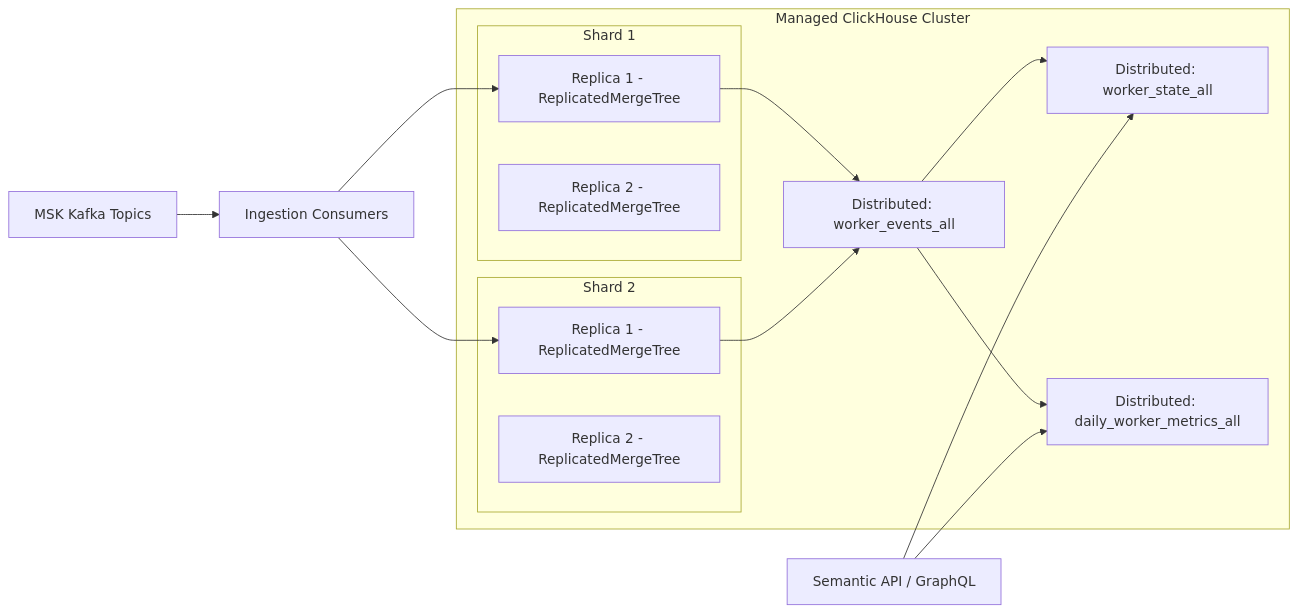
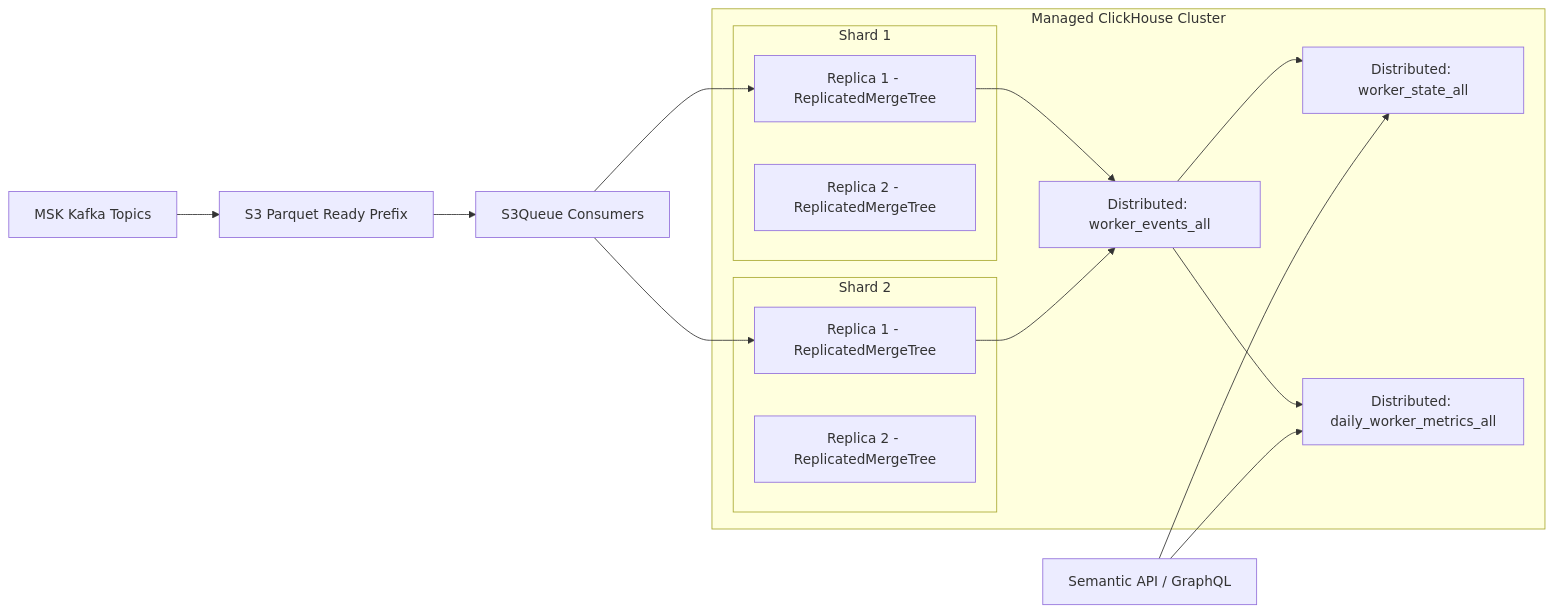
The second of 2 diagrams in docs/system-design-spec-30-40gb-ingestion.md (harshavardhan-99/-SQL-Engine-), drawn with Mermaid before and after one commit. The commit also changed other lines of this file and 6 other files, not shown here.

Commit message:
Update architecture docs for S3Queue consistency-first ingestion

````diff
--- a/docs/system-design-spec-30-40gb-ingestion.md
+++ b/docs/system-design-spec-30-40gb-ingestion.md
@@ -277,29 +303,30 @@
 ```mermaid
 flowchart LR
-  Kafka["MSK Kafka Topics"] --> Ingest["Ingestion Consumers"]
+  Kafka["MSK Kafka Topics"] --> S3["S3 Parquet Ready Prefix"]
+  S3 --> Ingest["S3Queue Consumers"]
 
   subgraph CH["Managed ClickHouse Cluster"]
     subgraph S1["Shard 1"]
       S1R1["Replica 1 - ReplicatedMergeTree"]
       S1R2["Replica 2 - ReplicatedMergeTree"]
     end
     subgraph S2["Shard 2"]
       S2R1["Replica 1 - ReplicatedMergeTree"]
       S2R2["Replica 2 - ReplicatedMergeTree"]
     end
 
     DistRaw["Distributed: worker_events_all"]
     DistState["Distributed: worker_state_all"]
     DistAgg["Distributed: daily_worker_metrics_all"]
   end
 
   Ingest --> S1R1
   Ingest --> S2R1
   S1R1 --> DistRaw
   S2R1 --> DistRaw
   DistRaw --> DistState
   DistRaw --> DistAgg
 
   API["Semantic API / GraphQL"] --> DistState
   API --> DistAgg
 ```
````
